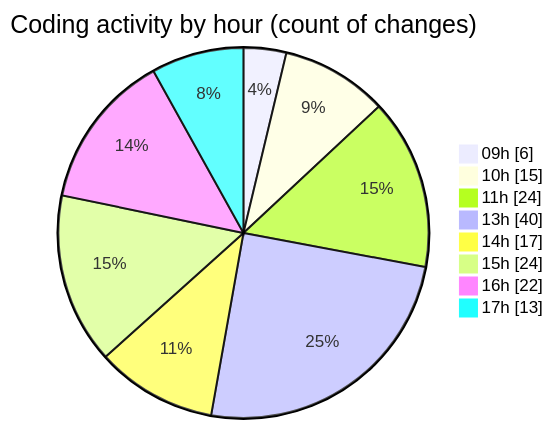
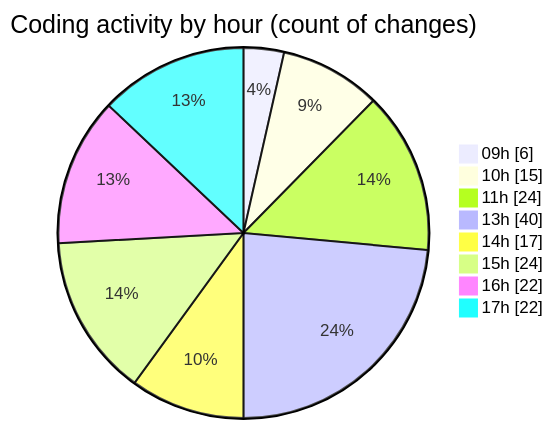
Before and after one commit to momahboobian/code-tracking: the second of 2 diagrams in 2026-04-20/cda/README.md, drawn with Mermaid. The commit also changed other lines of this file and 1 other file, not shown here.

````diff
--- a/2026-04-20/cda/README.md
+++ b/2026-04-20/cda/README.md
@@ -63,12 +63,12 @@
 ```mermaid
 pie showData
 title Coding activity by hour (count of changes)
 "09h" : 6
 "10h" : 15
 "11h" : 24
 "13h" : 40
 "14h" : 17
 "15h" : 24
 "16h" : 22
-"17h" : 13
+"17h" : 22
 ```
````
